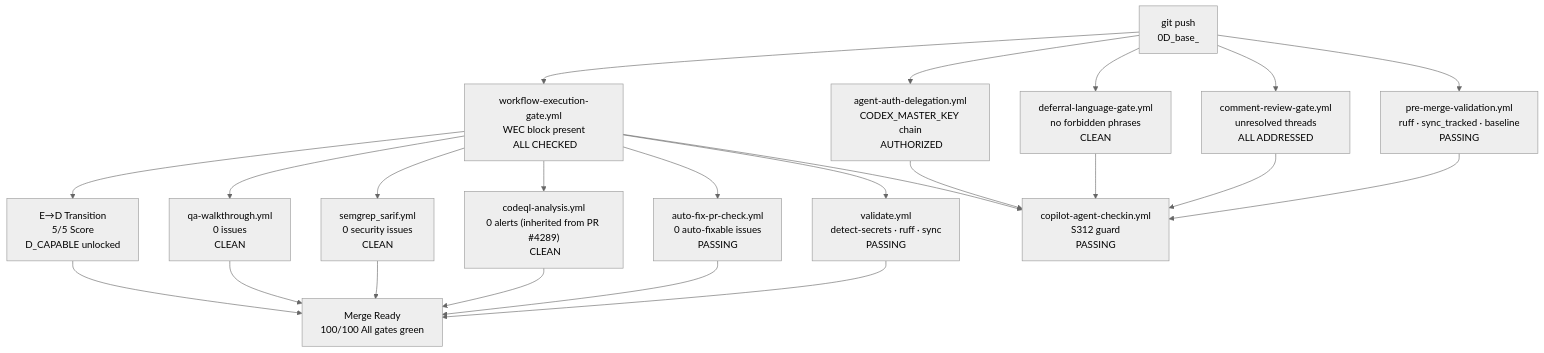
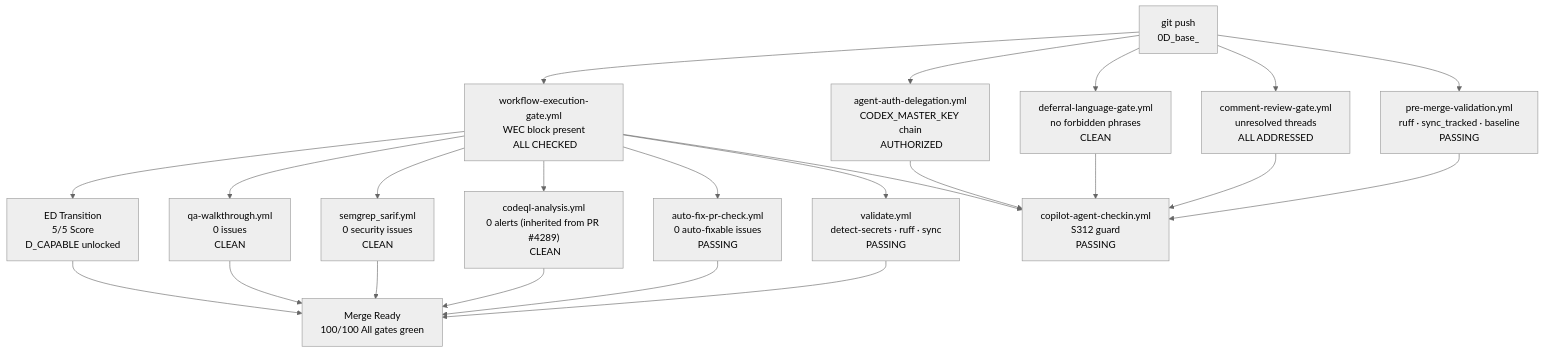
Before and after one commit to Aries-Serpent/_codex_: diagram 16 of 26 in docs/sessions/PR4317_session_diagram.md, drawn with Mermaid (neutral theme). The commit also changed other lines of this file and 4117 other files, not shown here.

````diff
--- a/docs/sessions/PR4317_session_diagram.md
+++ b/docs/sessions/PR4317_session_diagram.md
@@ -567,20 +635,31 @@
 ```mermaid
 %%{init: {'accessibility': {'title': 'Flowchart showing "git push\n0D_base_", "pre-merge-validation.yml\nruff · sync_tracked · baseline\n PASSING"'}}%%
+
 flowchart TD
-    PUSH["git push\n0D_base_"] --> PRE["pre-merge-validation.yml\nruff · sync_tracked · baseline\n PASSING"]
-    PUSH --> COMMENT["comment-review-gate.yml\nunresolved threads\n ALL ADDRESSED"]
-    PUSH --> DEFERRAL["deferral-language-gate.yml\nno forbidden phrases\n CLEAN"]
-    PUSH --> AUTH["agent-auth-delegation.yml\nCODEX_MASTER_KEY chain\n AUTHORIZED"]
-    PUSH --> WEC["workflow-execution-gate.yml\nWEC block present\n ALL CHECKED"]
 
-    WEC --> VALIDATE["validate.yml\ndetect-secrets · ruff · sync\n PASSING"]
-    WEC --> AUTOFIX["auto-fix-pr-check.yml\n0 auto-fixable issues\n PASSING"]
-    WEC --> CODEQL["codeql-analysis.yml\n0 alerts (inherited from PR #4289)\n CLEAN"]
-    WEC --> SEMGREP["semgrep_sarif.yml\n0 security issues\n CLEAN"]
-    WEC --> QA["qa-walkthrough.yml\n0 issues\n CLEAN"]
-    WEC --> ETOD["E→D Transition\n5/5 Score\nD_CAPABLE unlocked "]
+ PUSH["git push\n0D_base_"] --> PRE["pre-merge-validation.yml\nruff · sync_tracked · baseline\n PASSING"]
 
-    PRE & COMMENT & DEFERRAL & AUTH & WEC --> CHECKIN["copilot-agent-checkin.yml\nS312 guard\n PASSING"]
+ PUSH --> COMMENT["comment-review-gate.yml\nunresolved threads\n ALL ADDRESSED"]
 
-    VALIDATE & AUTOFIX & CODEQL & SEMGREP & QA & ETOD --> READY[" Merge Ready\n100/100 All gates green"]
+ PUSH --> DEFERRAL["deferral-language-gate.yml\nno forbidden phrases\n CLEAN"]
+
+ PUSH --> AUTH["agent-auth-delegation.yml\nCODEX_MASTER_KEY chain\n AUTHORIZED"]
+
+ PUSH --> WEC["workflow-execution-gate.yml\nWEC block present\n ALL CHECKED"]
+
+ WEC --> VALIDATE["validate.yml\ndetect-secrets · ruff · sync\n PASSING"]
+
+ WEC --> AUTOFIX["auto-fix-pr-check.yml\n0 auto-fixable issues\n PASSING"]
+
+ WEC --> CODEQL["codeql-analysis.yml\n0 alerts (inherited from PR #4289)\n CLEAN"]
+
+ WEC --> SEMGREP["semgrep_sarif.yml\n0 security issues\n CLEAN"]
+
+ WEC --> QA["qa-walkthrough.yml\n0 issues\n CLEAN"]
+
+ WEC --> ETOD["ED Transition\n5/5 Score\nD_CAPABLE unlocked "]
+
+ PRE & COMMENT & DEFERRAL & AUTH & WEC --> CHECKIN["copilot-agent-checkin.yml\nS312 guard\n PASSING"]
+
+ VALIDATE & AUTOFIX & CODEQL & SEMGREP & QA & ETOD --> READY[" Merge Ready\n100/100 All gates green"]
 ```
````
